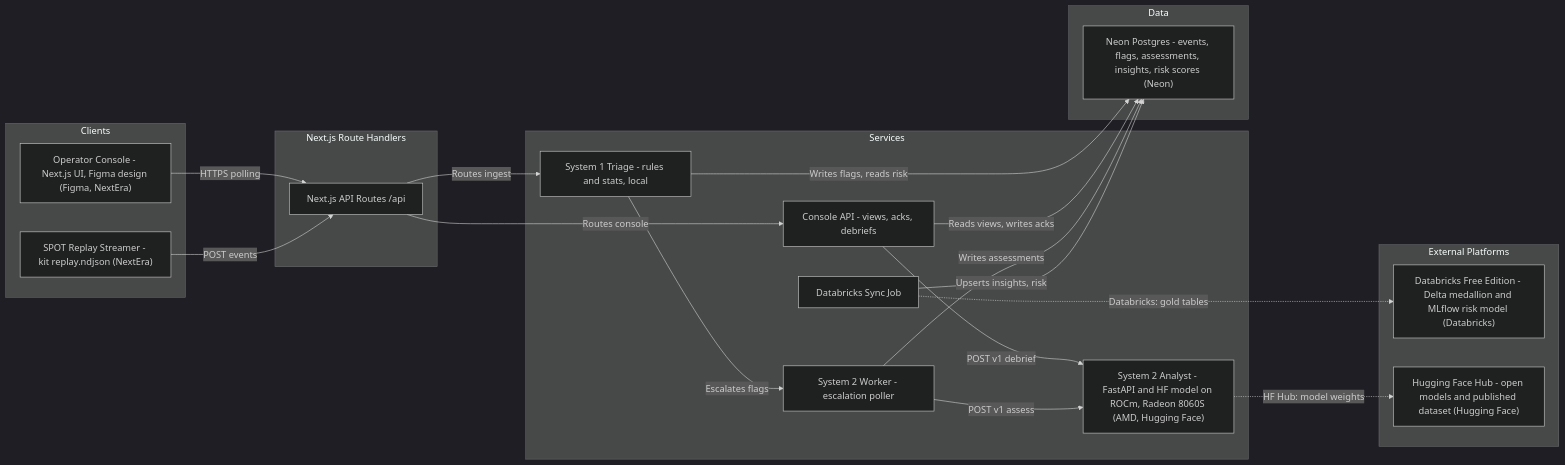
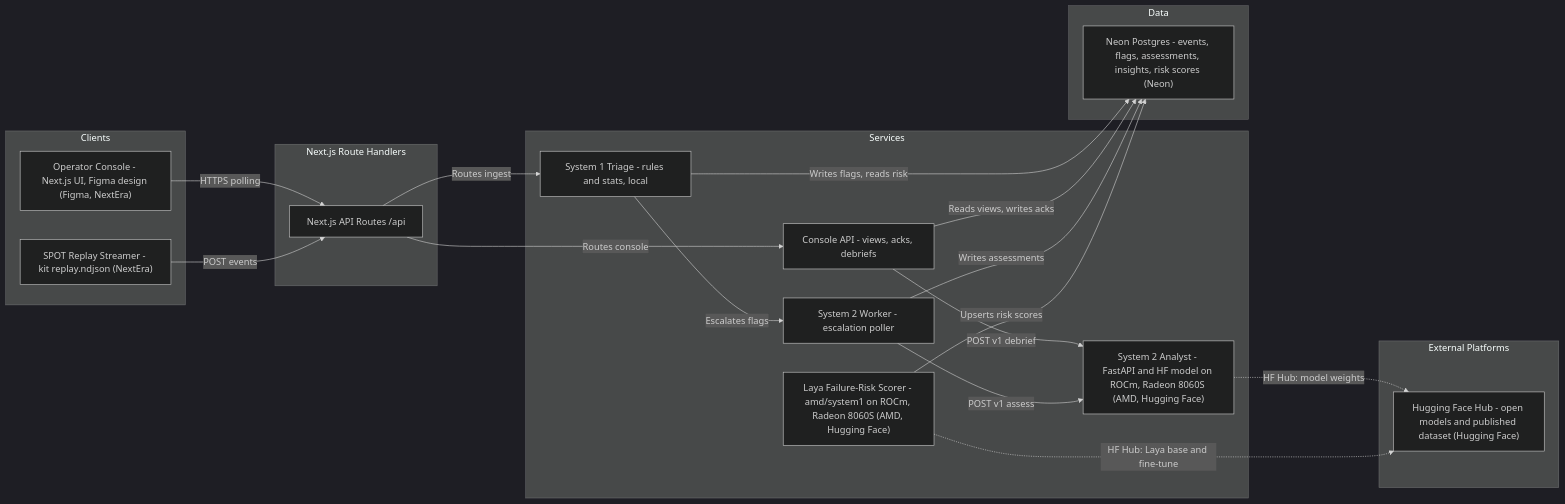
The diagram in docs/architecture.mmd (Ammar-btye/SpotTheDOT), drawn with Mermaid (dark theme) before and after one commit. The commit also changed 70 other files, not shown here.

```diff
--- a/docs/architecture.mmd
+++ b/docs/architecture.mmd
@@ -1,36 +1,35 @@
 flowchart LR
     subgraph client ["Clients"]
         consoleUi["Operator Console - Next.js UI, Figma design (Figma, NextEra)"]
         replayStreamer["SPOT Replay Streamer - kit replay.ndjson (NextEra)"]
     end
     subgraph gateway ["Next.js Route Handlers"]
         nextApi["Next.js API Routes /api"]
     end
     subgraph service ["Services"]
         triage["System 1 Triage - rules and stats, local"]
         consoleApi["Console API - views, acks, debriefs"]
         worker["System 2 Worker - escalation poller"]
         analyst["System 2 Analyst - FastAPI and HF model on ROCm, Radeon 8060S (AMD, Hugging Face)"]
-        syncJob["Databricks Sync Job"]
+        riskScorer["Laya Failure-Risk Scorer - amd/system1 on ROCm, Radeon 8060S (AMD, Hugging Face)"]
     end
     subgraph datastore ["Data"]
         neon["Neon Postgres - events, flags, assessments, insights, risk scores (Neon)"]
     end
     subgraph external ["External Platforms"]
-        databricks["Databricks Free Edition - Delta medallion and MLflow risk model (Databricks)"]
         hfHub["Hugging Face Hub - open models and published dataset (Hugging Face)"]
     end
 
     consoleUi -->|"HTTPS polling"| nextApi
     replayStreamer -->|"POST events"| nextApi
     nextApi -->|"Routes ingest"| triage
     nextApi -->|"Routes console"| consoleApi
     triage -->|"Escalates flags"| worker
     triage -->|"Writes flags, reads risk"| neon
     consoleApi -->|"POST v1 debrief"| analyst
     consoleApi -->|"Reads views, writes acks"| neon
     worker -->|"POST v1 assess"| analyst
     worker -->|"Writes assessments"| neon
-    syncJob -->|"Upserts insights, risk"| neon
+    riskScorer -->|"Upserts risk scores"| neon
     analyst -.->|"HF Hub: model weights"| hfHub
-    syncJob -.->|"Databricks: gold tables"| databricks
+    riskScorer -.->|"HF Hub: Laya base and fine-tune"| hfHub
```
